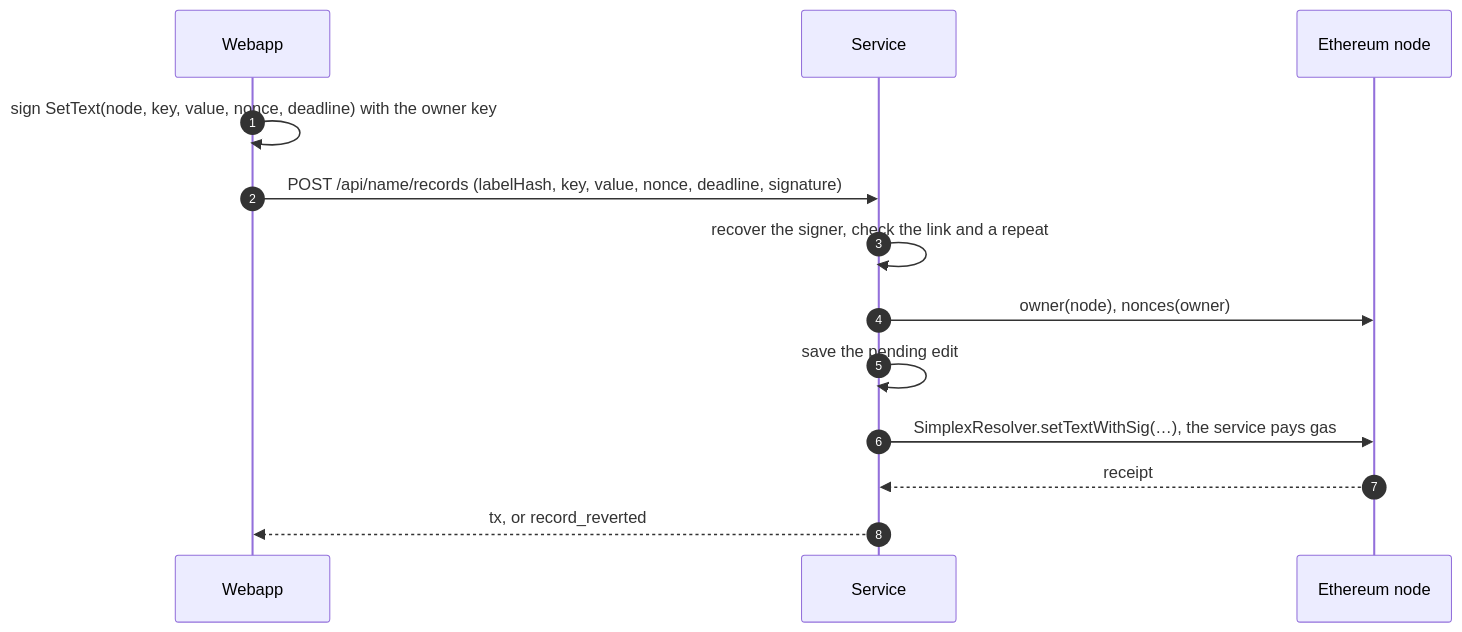
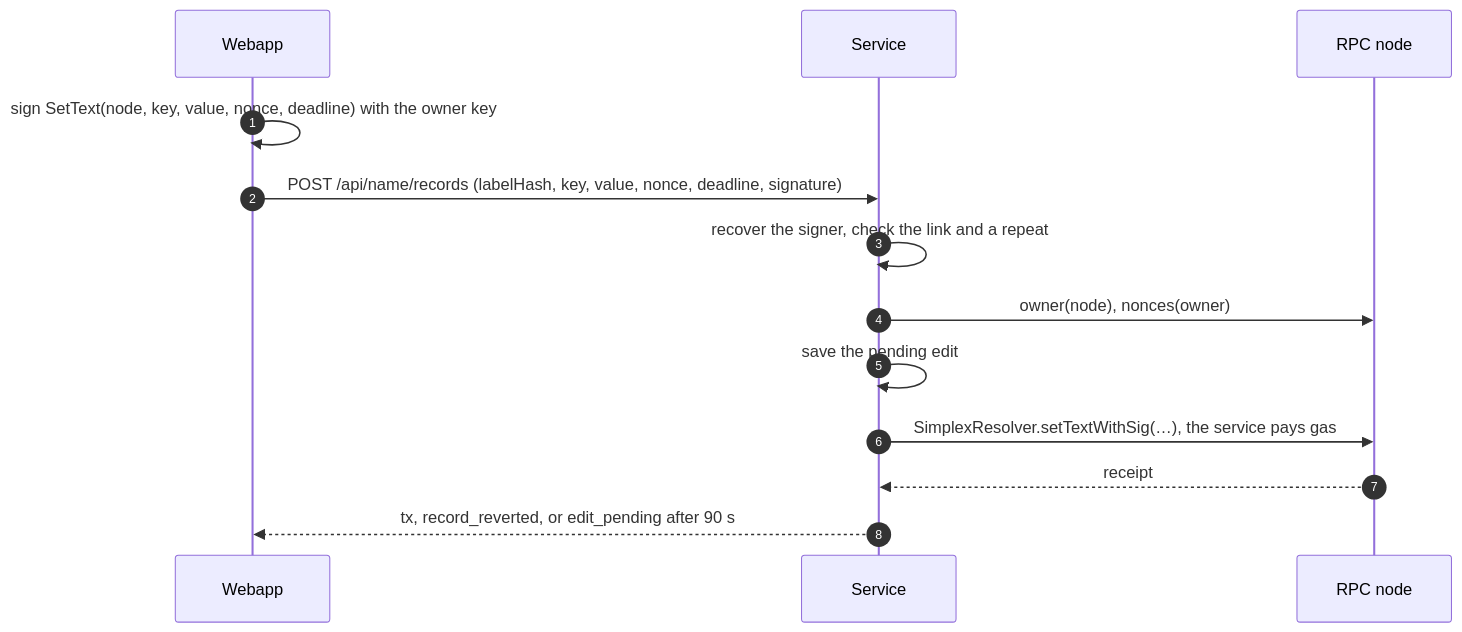
One commit to simplex-chat/simplex-chat changed diagram 18 of 20 in plans/names-codes/2026-10-13-names-sequence.md. Above: the diagram before and after it, drawn with Mermaid. The commit also changed other lines of this file and 2 other files, not shown here.

````diff
--- a/plans/names-codes/2026-10-13-names-sequence.md
+++ b/plans/names-codes/2026-10-13-names-sequence.md
@@ -649,15 +649,15 @@
 ```mermaid
 sequenceDiagram
   autonumber
   participant W as Webapp
   participant S as Service
-  participant E as Ethereum node
+  participant E as RPC node
   W->>W: sign SetText(node, key, value, nonce, deadline) with the owner key
   W->>S: POST /api/name/records (labelHash, key, value, nonce, deadline, signature)
   S->>S: recover the signer, check the link and a repeat
   S->>E: owner(node), nonces(owner)
   S->>S: save the pending edit
   S->>E: SimplexResolver.setTextWithSig(…), the service pays gas
   E-->>S: receipt
-  S-->>W: tx, or record_reverted
+  S-->>W: tx, record_reverted, or edit_pending after 90 s
 ```
````
